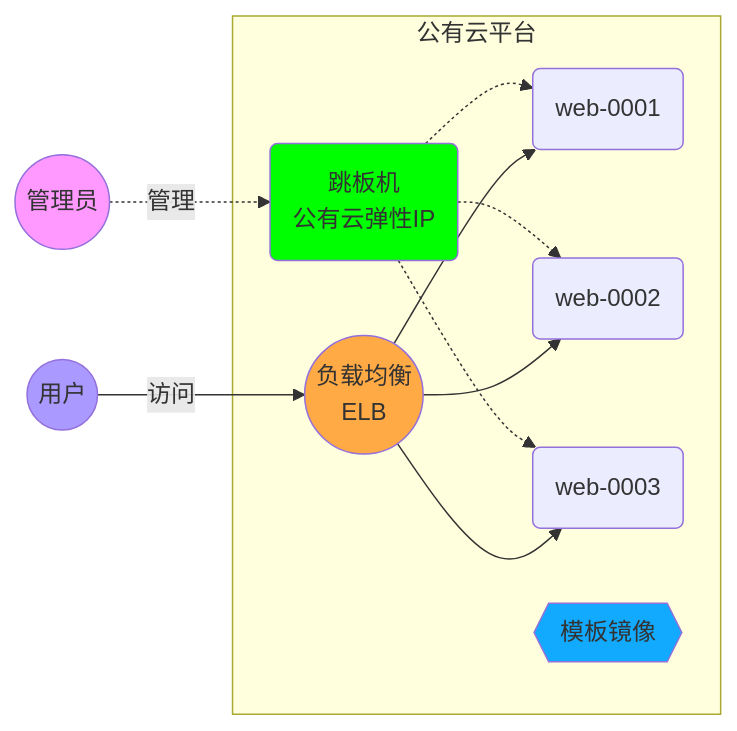
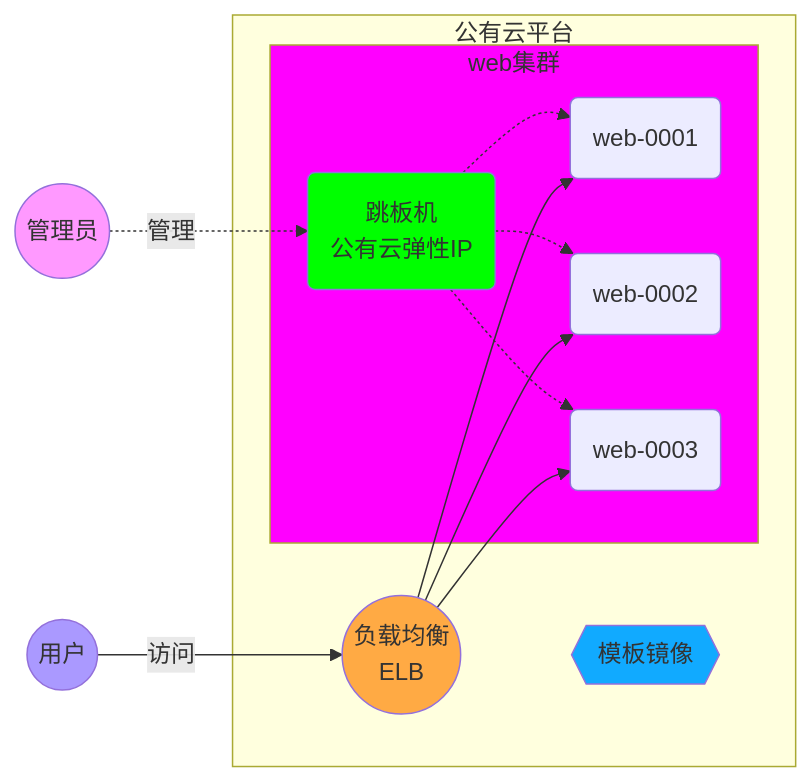
Before and after one commit to tonggh220/md_4_nsd_notes: the second of 2 diagrams in CLOUD/04/04.md, drawn with Mermaid. The commit also changed other lines of this file, not shown here.

Commit message:
xxxxxxxxxxx

````diff
--- a/CLOUD/04/04.md
+++ b/CLOUD/04/04.md
@@ -106,21 +107,24 @@
 ```mermaid
 graph LR
   subgraph L1[公有云平台]
     P(跳板机<br>公有云弹性IP)
     style P fill:#00ff00
-    P -.-> A1(web-0001)
-    P -.-> A2(web-0002)
-    P -.-> A3(web-0003)
+    subgraph web集群
+      style web集群 fill:#ff00ff
+      P -.-> A1(web-0001)
+      P -.-> A2(web-0002)
+      P -.-> A3(web-0003)
+    end
     M{{模板镜像}}
     style M fill:#11aaff
     L((负载均衡<br>ELB))
     style L fill:#ffaa44
     L --> A1
     L --> A2
     L --> A3
   end
 U1((管理员)) -.->|管理| P
 U2((用户)) -->|访问| L
 style U1 fill:#ff99ff
 style U2 fill:#aa99ff
 ```
````
